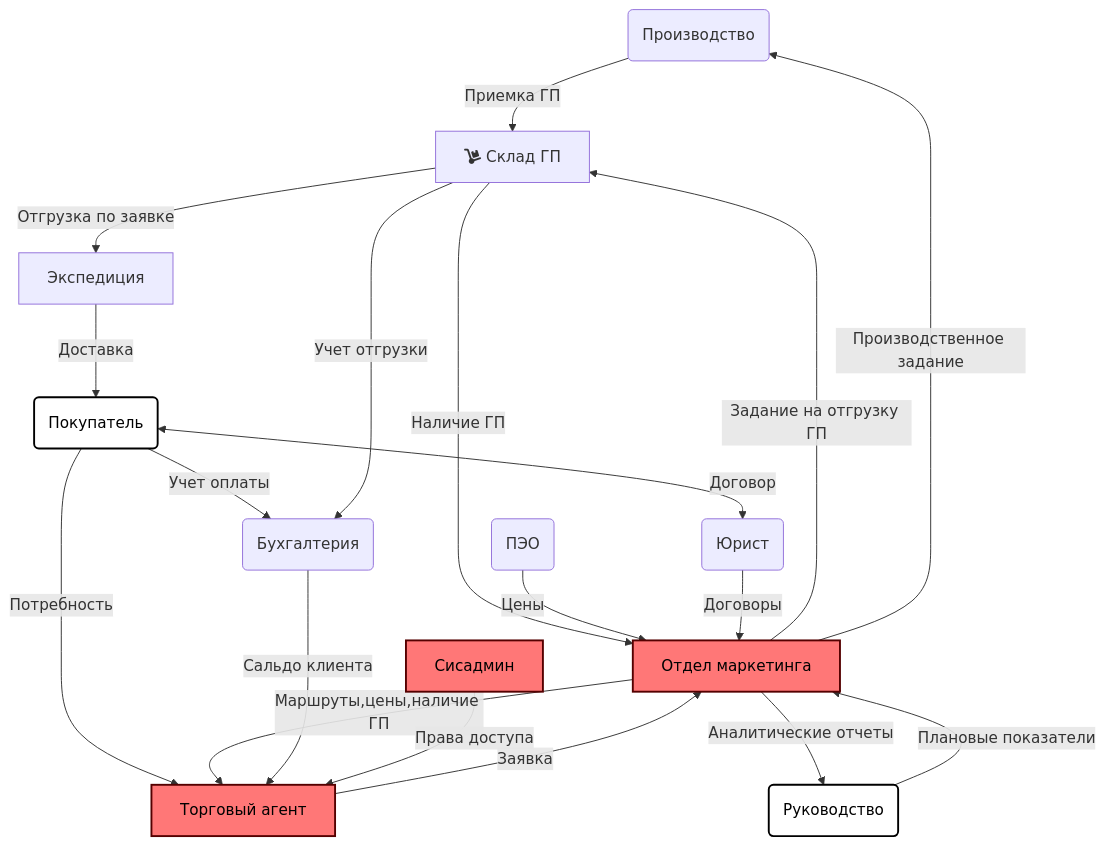
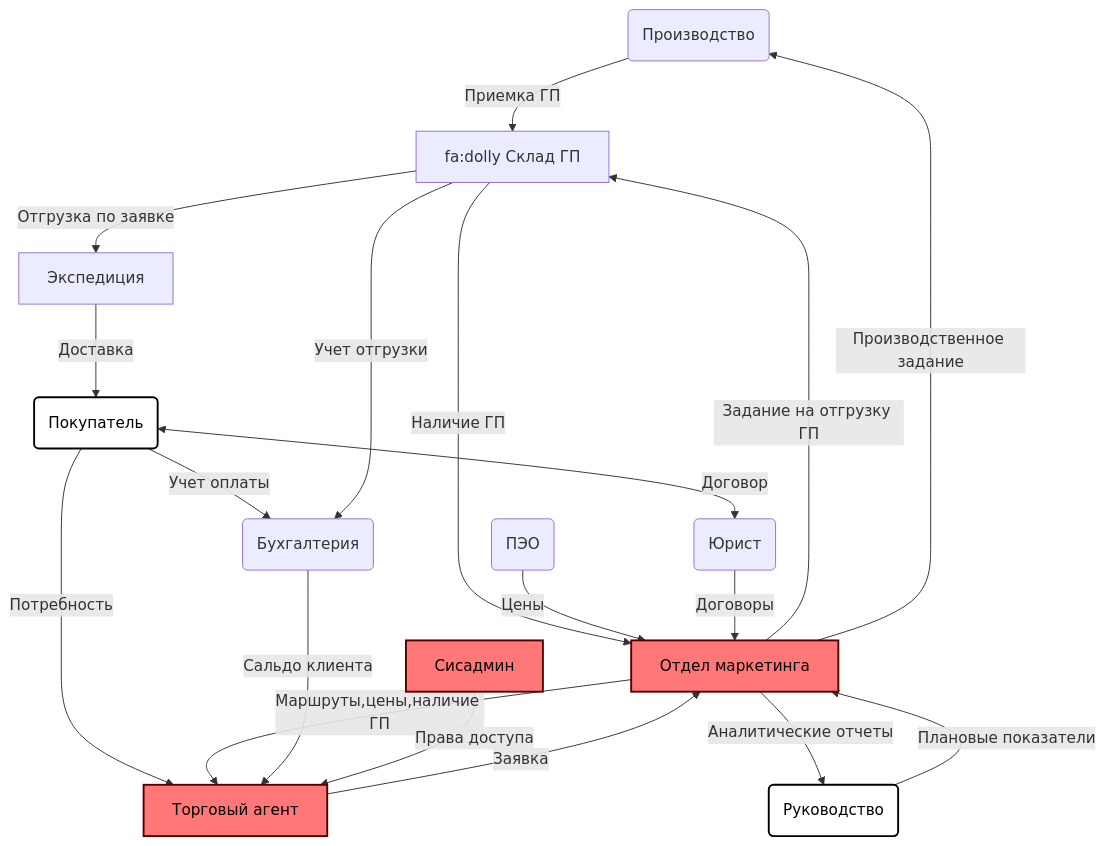
Before and after one commit to stasgm/gdmn-mob: the diagram in apps/app-trade-agents/README.MD, drawn with Mermaid.

````diff
--- a/apps/app-trade-agents/README.MD
+++ b/apps/app-trade-agents/README.MD
@@ -12,27 +12,27 @@
 ```mermaid
 
 flowchart TD;
-    A(Производство)--Приемка ГП-->B["fa:fa-dolly Склад ГП"];
+    A(Производство)--Приемка ГП-->B["fa:dolly Склад ГП"];
     B--Наличие ГП-->M;
     B--Отгрузка по заявке-->D[Экспедиция];
     D--Доставка-->E(Покупатель);
     E--Потребность-->T[Торговый агент];
     E--Учет оплаты-->Acc(Бухгалтерия);
     M[Отдел маркетинга]--Маршруты,цены,наличие ГП-->T;
     M--Задание на отгрузку ГП-->B;
     Acc--Сальдо клиента-->T;
     T--Заявка-->M;
     P(ПЭО)--Цены-->M;
     M--Производственное задание-->A;
     B--Учет отгрузки-->Acc;
     M--Аналитические отчеты-->Mngmt(Руководство);
     Mngmt(Руководство)--Плановые показатели-->M;
     U(Юрист)--Договоры-->M;
     E<--Договор-->U;
     S[Сисадмин]--Права доступа-->T;
 
     classDef core fill:#ff7777,color:#000,stroke:#550000,stroke-width:2px;
     classDef outlier fill:#ffffff,color:#000,stroke:#000000,stroke-width:2px,stroke-daskarray: 5, 5;
     class T,S,M core;
     class E,Mngmt outlier;
 ```
````
